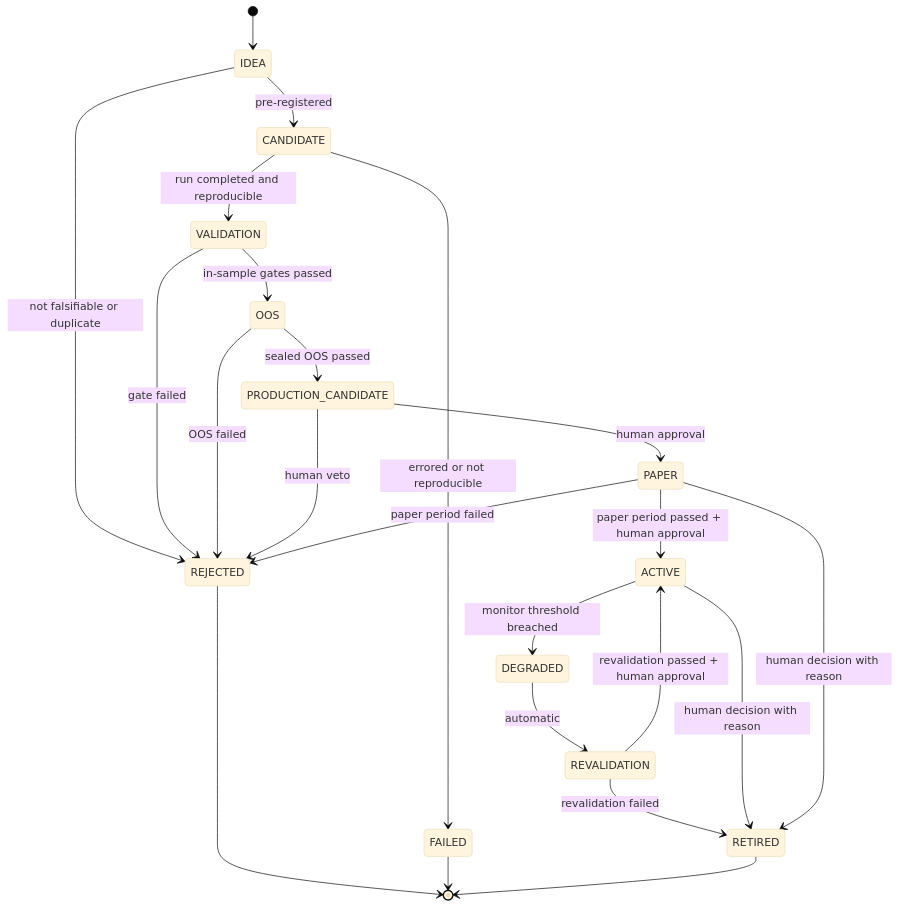
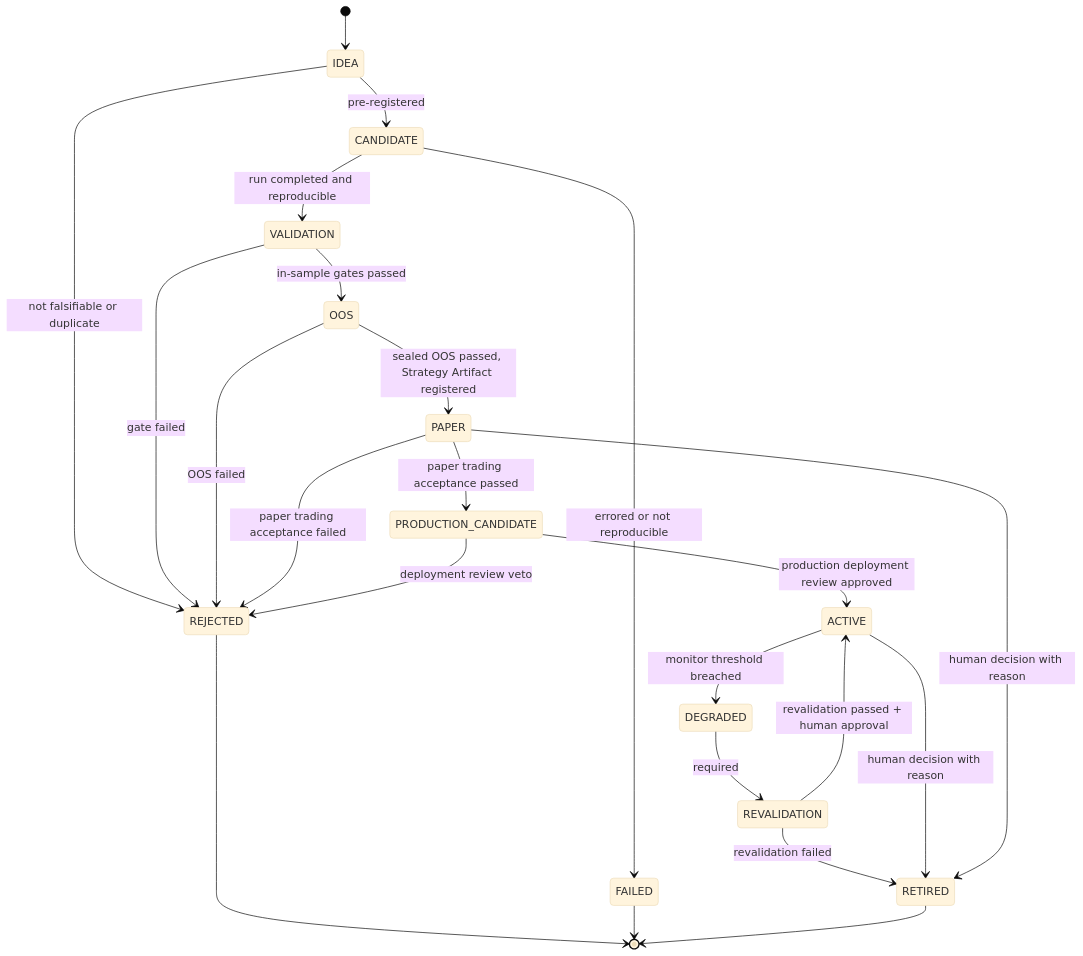
Before and after one commit to raphael2025/hlens-autoresearch: the diagram in docs/adr/0006-strategy-lifecycle.md, drawn with Mermaid (base theme). The commit also changed other lines of this file and 5 other files, not shown here.

````diff
--- a/docs/adr/0006-strategy-lifecycle.md
+++ b/docs/adr/0006-strategy-lifecycle.md
@@ -37,27 +39,27 @@
 ```mermaid
 stateDiagram-v2
     [*] --> IDEA
     IDEA --> CANDIDATE : pre-registered
     CANDIDATE --> VALIDATION : run completed and reproducible
     VALIDATION --> OOS : in-sample gates passed
-    OOS --> PRODUCTION_CANDIDATE : sealed OOS passed
-    PRODUCTION_CANDIDATE --> PAPER : human approval
-    PAPER --> ACTIVE : paper period passed + human approval
+    OOS --> PAPER : sealed OOS passed, Strategy Artifact registered
+    PAPER --> PRODUCTION_CANDIDATE : paper trading acceptance passed
+    PRODUCTION_CANDIDATE --> ACTIVE : production deployment review approved
     ACTIVE --> DEGRADED : monitor threshold breached
-    DEGRADED --> REVALIDATION : automatic
+    DEGRADED --> REVALIDATION : required
     REVALIDATION --> ACTIVE : revalidation passed + human approval
     REVALIDATION --> RETIRED : revalidation failed
     ACTIVE --> RETIRED : human decision with reason
     PAPER --> RETIRED : human decision with reason
 
     IDEA --> REJECTED : not falsifiable or duplicate
     CANDIDATE --> FAILED : errored or not reproducible
     VALIDATION --> REJECTED : gate failed
     OOS --> REJECTED : OOS failed
-    PRODUCTION_CANDIDATE --> REJECTED : human veto
-    PAPER --> REJECTED : paper period failed
+    PAPER --> REJECTED : paper trading acceptance failed
+    PRODUCTION_CANDIDATE --> REJECTED : deployment review veto
 
     REJECTED --> [*]
     FAILED --> [*]
     RETIRED --> [*]
 ```
````
